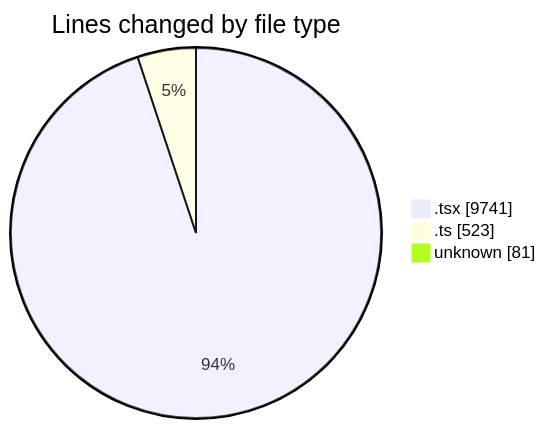
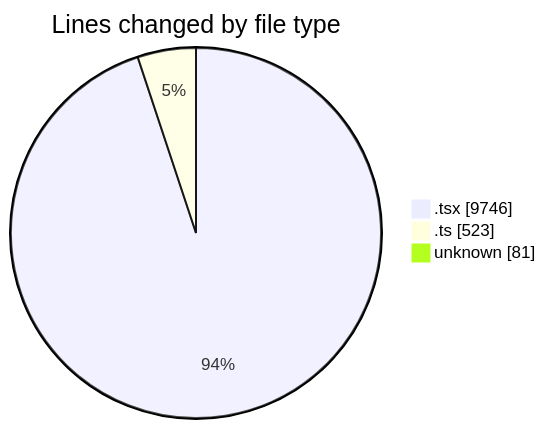
The first of 2 diagrams in 2026-04-05/nxtqube_webapp/README.md (nxtqubesakshisongat/code-tracking), drawn with Mermaid before and after one commit. The commit also changed other lines of this file and 1 other file, not shown here.

````diff
--- a/2026-04-05/nxtqube_webapp/README.md
+++ b/2026-04-05/nxtqube_webapp/README.md
@@ -27,7 +27,7 @@
 ```mermaid
 pie showData
 title Lines changed by file type
-".tsx" : 9741
+".tsx" : 9746
 ".ts" : 523
 "unknown" : 81
 ```
````
